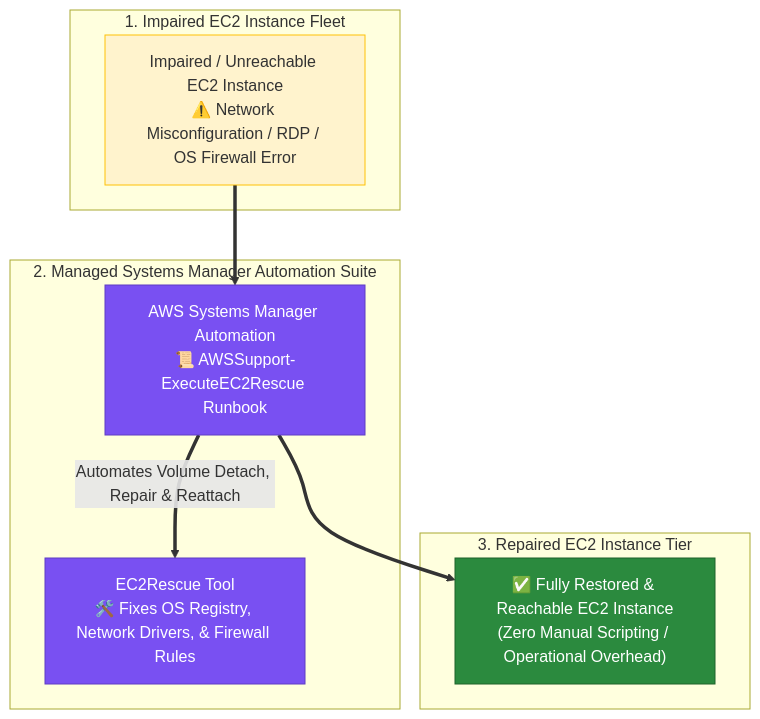
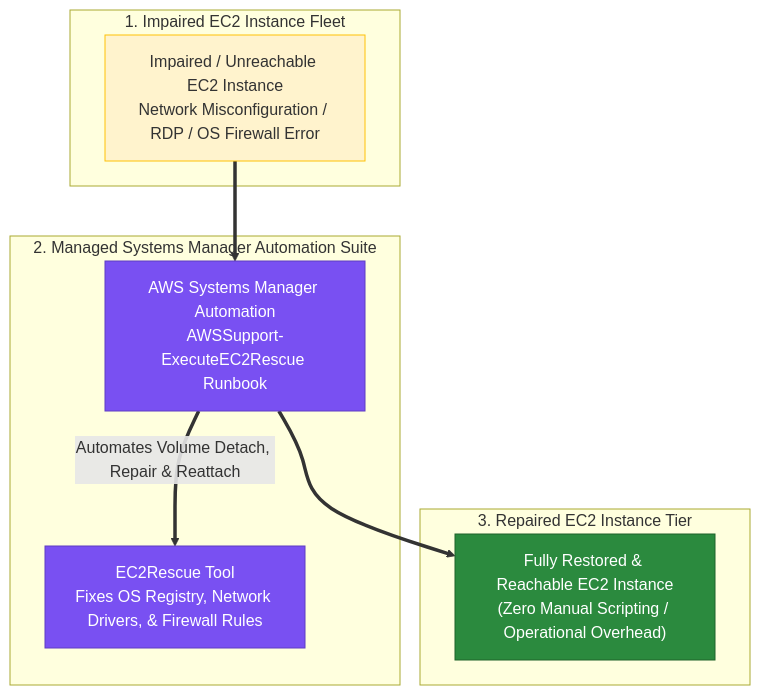
One commit to ReginRavi/AIP-C01 changed the ninth of 9 diagrams in Professional/3.3 High-performing systems architectures (for example, auto scaling, instance fleets, placement groups).md. Above: the diagram before and after it, drawn with Mermaid. The commit also changed other lines of this file and 1 other file, not shown here.

Commit message:
Fix mermaid diagram syntax in Global service offerings and High-performing systems architectures notes

````diff
--- a/Professional/3.3 High-performing systems architectures (for example, auto scaling, instance fleets, placement groups).md
+++ b/Professional/3.3 High-performing systems architectures (for example, auto scaling, instance fleets, placement groups).md
@@ -399,27 +426,27 @@
 ```mermaid
 flowchart TD
     subgraph ImpairedFleet ["1. Impaired EC2 Instance Fleet"]
-        ImpairedEC2["Impaired / Unreachable EC2 Instance<br/>⚠️ Network Misconfiguration / RDP / OS Firewall Error"]
+        ImpairedEC2["Impaired / Unreachable EC2 Instance<br/>Network Misconfiguration / RDP / OS Firewall Error"]
     end
 
     subgraph SSMAutomation ["2. Managed Systems Manager Automation Suite"]
-        SSMAutoRunbook["AWS Systems Manager Automation<br/>📜 AWSSupport-ExecuteEC2Rescue Runbook"]
-        EC2RescueTool["EC2Rescue Tool<br/>🛠️ Fixes OS Registry, Network Drivers, & Firewall Rules"]
-
-        SSMAutoRunbook ==>|"Automates Volume Detach, Repair & Reattach"| EC2RescueTool
+        SSMAutoRunbook["AWS Systems Manager Automation<br/>AWSSupport-ExecuteEC2Rescue Runbook"]
+        EC2RescueTool["EC2Rescue Tool<br/>Fixes OS Registry, Network Drivers, & Firewall Rules"]
     end
 
     subgraph RestoredFleet ["3. Repaired EC2 Instance Tier"]
-        RestoredEC2["✅ Fully Restored & Reachable EC2 Instance<br/>(Zero Manual Scripting / Operational Overhead)"]
+        RestoredEC2["Fully Restored & Reachable EC2 Instance<br/>(Zero Manual Scripting / Operational Overhead)"]
+    end
 
-        ImpairedEC2 ==> SSMAutoRunbook ==> RestoredEC2
-    end
+    ImpairedEC2 ==> SSMAutoRunbook
+    SSMAutoRunbook ==>|"Automates Volume Detach, Repair & Reattach"| EC2RescueTool
+    SSMAutoRunbook ==> RestoredEC2
 
     classDef impaired fill:#fff3cd,stroke:#ffc107,stroke-width:1px;
     classDef ssm fill:#7950f2,stroke:#5f3dc4,color:#ffffff;
     classDef restored fill:#2b8a3e,stroke:#1e632b,color:#ffffff;
 
     class ImpairedEC2 impaired;
     class SSMAutoRunbook,EC2RescueTool ssm;
     class RestoredEC2 restored;
 ```
````
